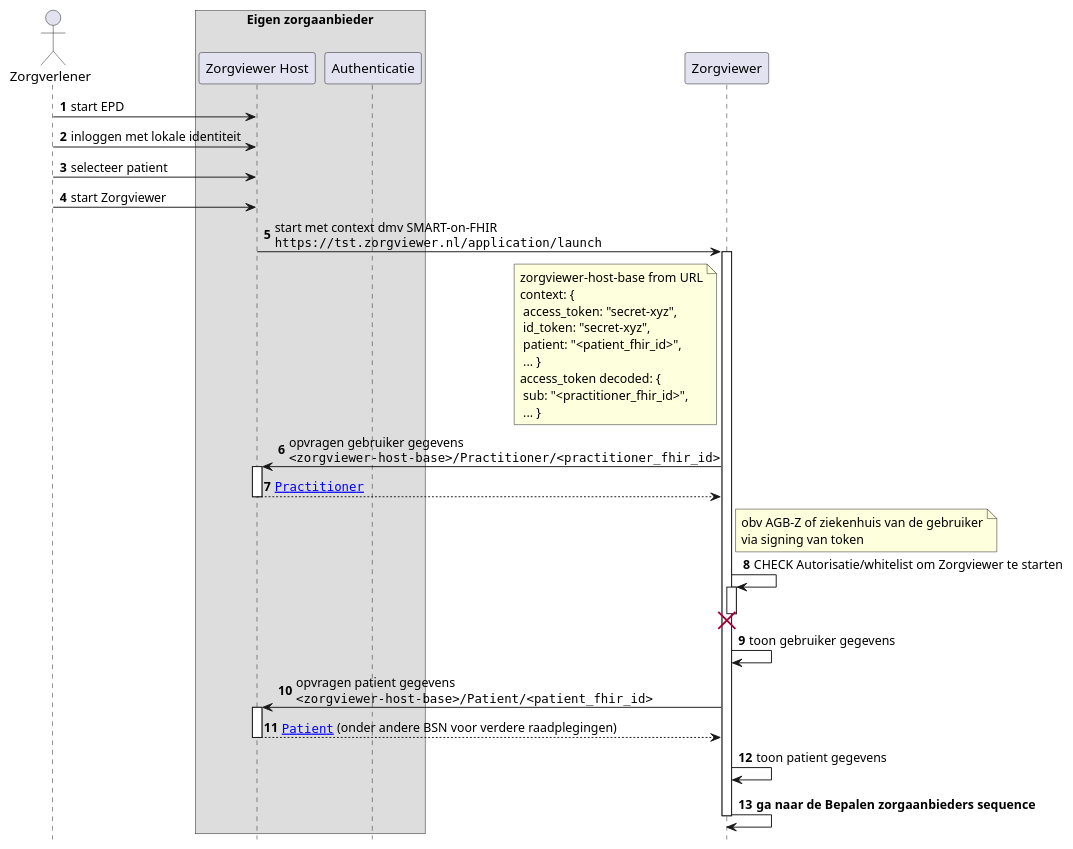
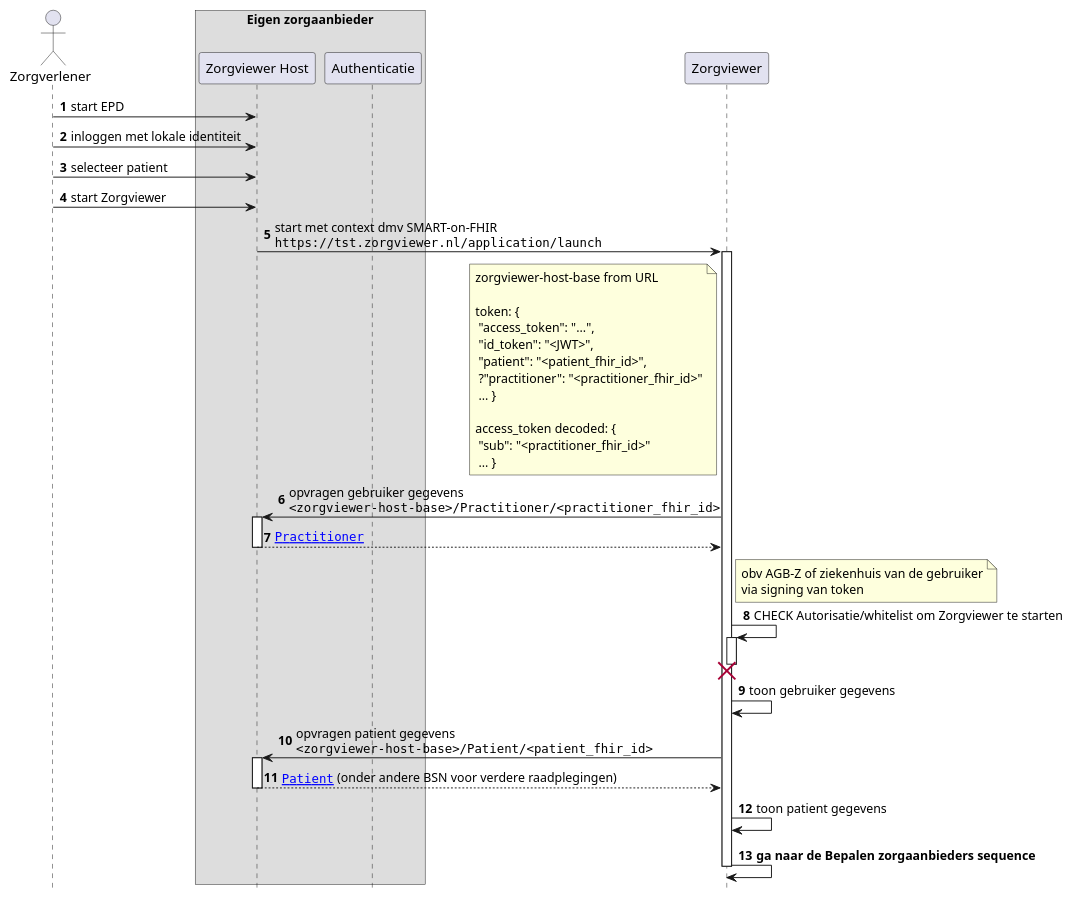
Before and after one commit to RIVO-Noord/zorgviewer-ig: the diagram in input/images-source/Zorgviewer-seq-1-fhir.plantuml, drawn with PlantUML. The commit also changed 3 other files, not shown here.

```diff
--- a/input/images-source/Zorgviewer-seq-1-fhir.plantuml
+++ b/input/images-source/Zorgviewer-seq-1-fhir.plantuml
@@ -1,54 +1,57 @@
 @startuml
 hide footbox
 autonumber
 
 actor Zorgverlener
 box "Eigen zorgaanbieder"
 participant "Zorgviewer Host" as Host
 participant Authenticatie
 end box
 participant Zorgviewer
 
 Zorgverlener->Host: start EPD
 Zorgverlener->Host: inloggen met lokale identiteit
 Zorgverlener->Host: selecteer patient
 Zorgverlener->Host: start Zorgviewer
 Host->Zorgviewer: start met context dmv SMART-on-FHIR \n""https://tst.zorgviewer.nl/application/launch""
 note left Zorgviewer
  zorgviewer-host-base from URL
- context: {
-  access_token: "secret-xyz",
-  id_token: "secret-xyz",
-  patient: "<patient_fhir_id>",
+ 
+ token: {
+  "access_token": "...",
+  "id_token": "<JWT>",
+  "patient": "<patient_fhir_id>",
+  ?"practitioner": "<practitioner_fhir_id>"
   ... }
+
  access_token decoded: {
-  sub: "<practitioner_fhir_id>",
+  "sub": "<practitioner_fhir_id>"
   ... }
 end note
 
 activate Zorgviewer
 Zorgviewer->Host: opvragen gebruiker gegevens\n""<zorgviewer-host-base>/Practitioner/<practitioner_fhir_id>""
 activate Host
 Host-->Zorgviewer: ""[[StructureDefinition-Practitioner.html Practitioner]]""
 deactivate Host
 
 note right Zorgviewer
     obv AGB-Z of ziekenhuis van de gebruiker
     via signing van token
 end note
 Zorgviewer->Zorgviewer++: CHECK Autorisatie/whitelist om Zorgviewer te starten
 destroy Zorgviewer
 
 Zorgviewer->Zorgviewer: toon gebruiker gegevens
 
 Zorgviewer->Host: opvragen patient gegevens\n""<zorgviewer-host-base>/Patient/<patient_fhir_id>""
 activate Host
 Host-->Zorgviewer: ""[[StructureDefinition-Patient.html Patient]]"" (onder andere BSN voor verdere raadplegingen)
 deactivate Host
 Zorgviewer->Zorgviewer: toon patient gegevens
 
 Zorgviewer->Zorgviewer: **ga naar de Bepalen zorgaanbieders sequence**
 
 deactivate Zorgviewer
 
 @enduml
```
